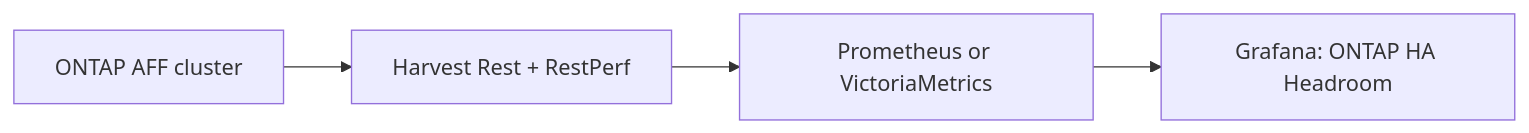
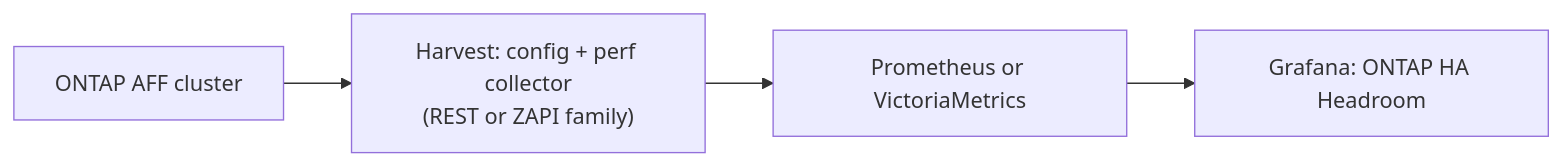
Before and after one commit to estarz/grafana-headroom: the diagram in docs/DESIGN.md, drawn with Mermaid. The commit also changed other lines of this file and 6 other files, not shown here.

````diff
--- a/docs/DESIGN.md
+++ b/docs/DESIGN.md
@@ -16,8 +16,8 @@
 ```mermaid
 flowchart LR
   ontap[ONTAP AFF cluster]
-  harvest[Harvest Rest + RestPerf]
+  harvest["Harvest: config + perf collector<br/>(REST or ZAPI family)"]
   tsdb[Prometheus or VictoriaMetrics]
   dash[Grafana: ONTAP HA Headroom]
   ontap --> harvest --> tsdb --> dash
 ```
````
